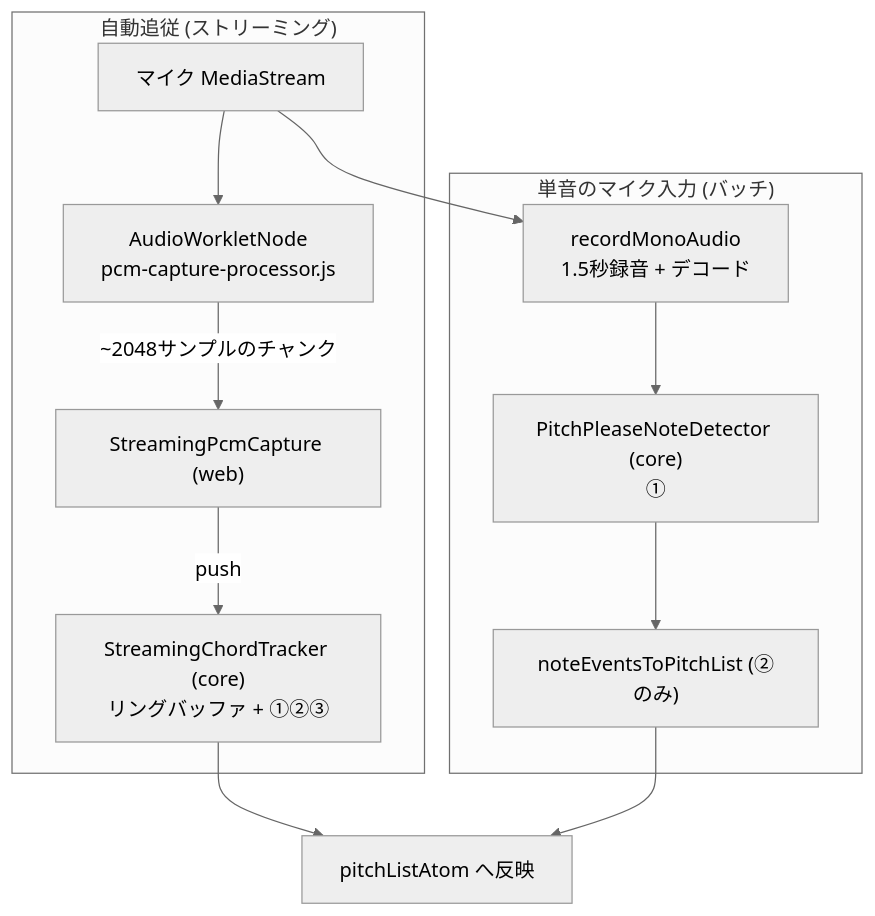
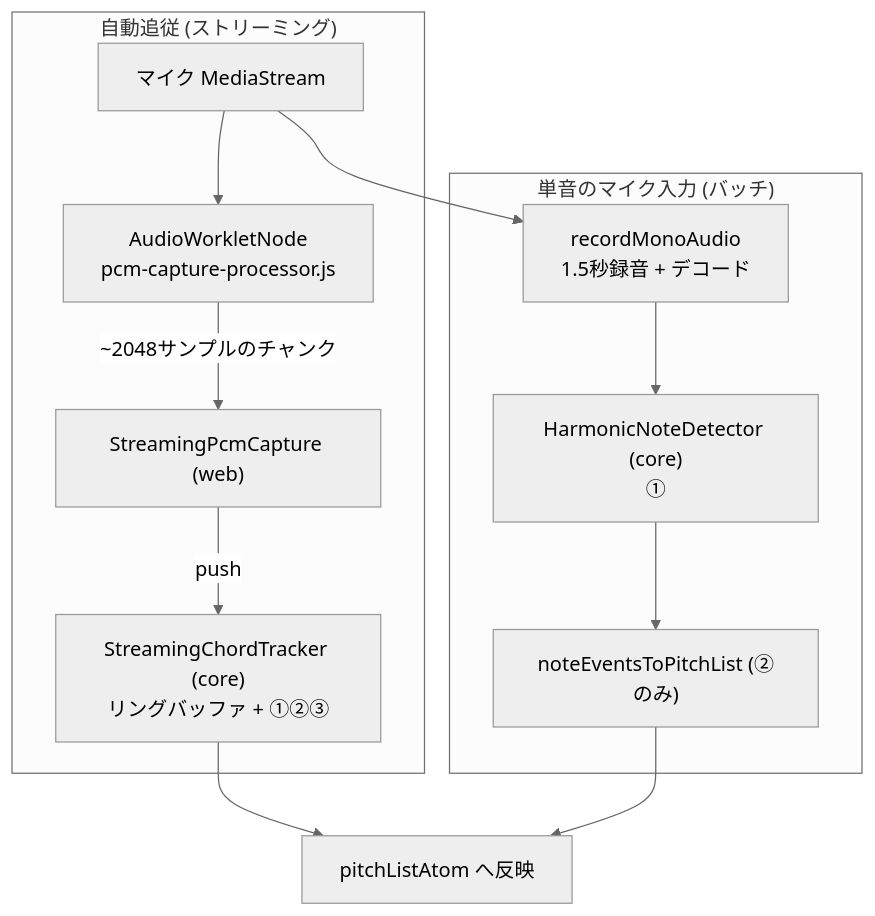
The second of 4 diagrams in docs/CHORD_DETECTION.md (guchipa/chordlens), drawn with Mermaid (neutral theme) before and after one commit. The commit also changed other lines of this file and 17 other files, not shown here.

````diff
--- a/docs/CHORD_DETECTION.md
+++ b/docs/CHORD_DETECTION.md
@@ -47,19 +50,19 @@
 ```mermaid
 graph TD
     MIC[マイク MediaStream]
 
     subgraph Streaming ["自動追従 (ストリーミング)"]
         MIC --> W["AudioWorkletNode<br/>pcm-capture-processor.js"]
         W -->|"~2048サンプルのチャンク"| PC["StreamingPcmCapture (web)"]
         PC -->|push| T["StreamingChordTracker (core)<br/>リングバッファ + ①②③"]
     end
 
     subgraph Batch ["単音のマイク入力 (バッチ)"]
         MIC --> R["recordMonoAudio<br/>1.5秒録音 + デコード"]
-        R --> PP["PitchPleaseNoteDetector (core)<br/>①"]
+        R --> PP["HarmonicNoteDetector (core)<br/>①"]
         PP --> AGG["noteEventsToPitchList (②のみ)"]
     end
 
     T --> APPLY[pitchListAtom へ反映]
     AGG --> APPLY
 ```
````
